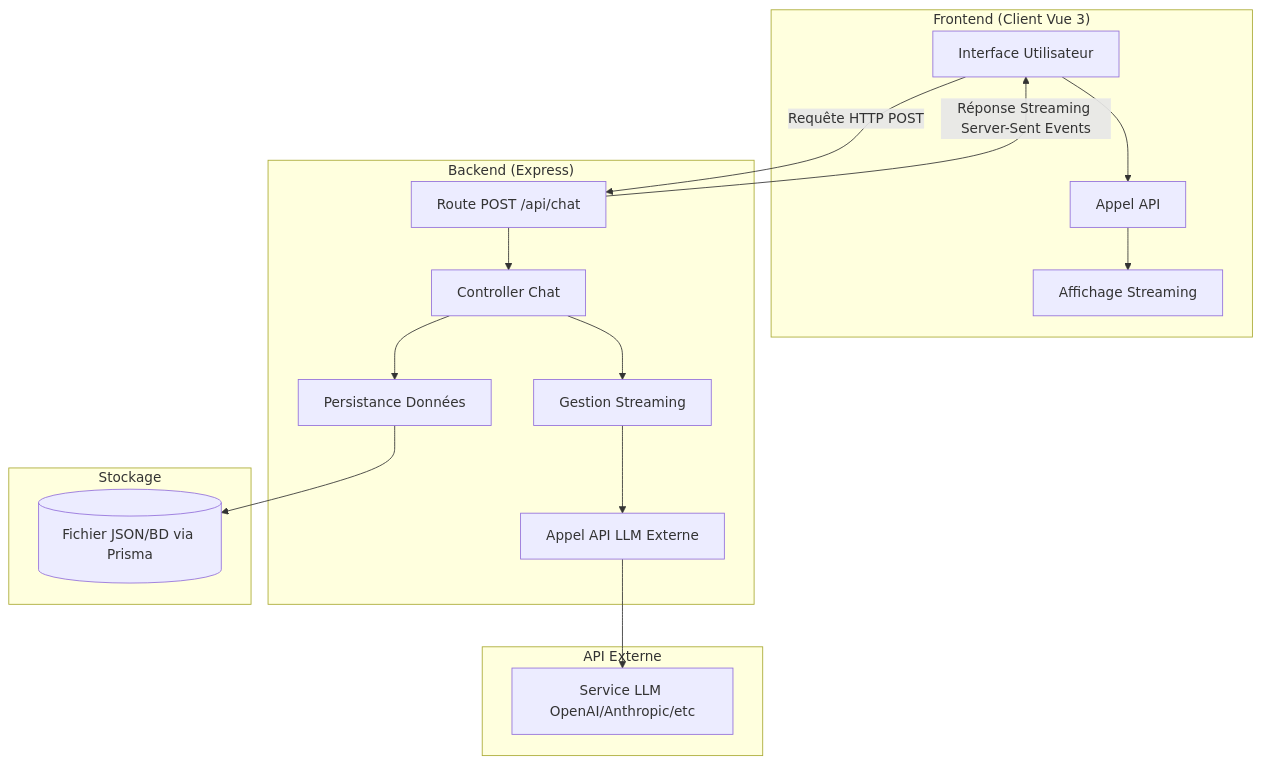
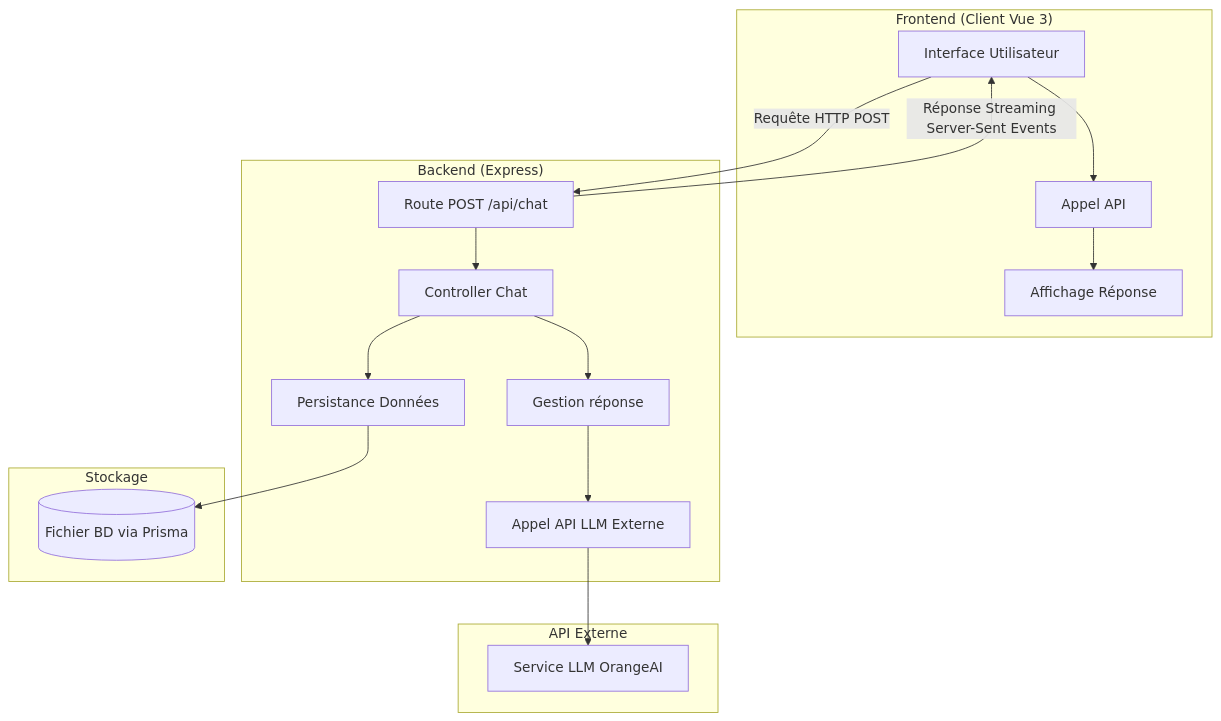
The diagram in README.md (KenTizen17/Matrix), drawn with Mermaid before and after one commit. The commit also changed 2 other files, not shown here.

Commit message:
Ajout logo svg

````diff
--- a/README.md
+++ b/README.md
@@ -7,29 +7,29 @@
 ```mermaid
 
 graph TB
     subgraph "Frontend (Client Vue 3)"
         A[Interface Utilisateur] --> B[Appel API]
-        B --> C[Affichage Streaming]
+        B --> C[Affichage Réponse]
     end
 
     subgraph "Backend (Express)"
         D[Route POST /api/chat] --> E[Controller Chat]
-        E --> F[Gestion Streaming]
+        E --> F[Gestion réponse]
         F --> G[Appel API LLM Externe]
         E --> H[Persistance Données]
     end
 
     subgraph "Stockage"
-        I[(Fichier JSON/BD via Prisma)]
+        I[(Fichier BD via Prisma)]
     end
 
     subgraph "API Externe"
-        J[Service LLM OpenAI/Anthropic/etc]
+        J[Service LLM OrangeAI]
     end
 
     A -- Requête HTTP POST --> D
     D -- Réponse Streaming Server-Sent Events --> A
     H --> I
     G --> J
 
 ```
````
